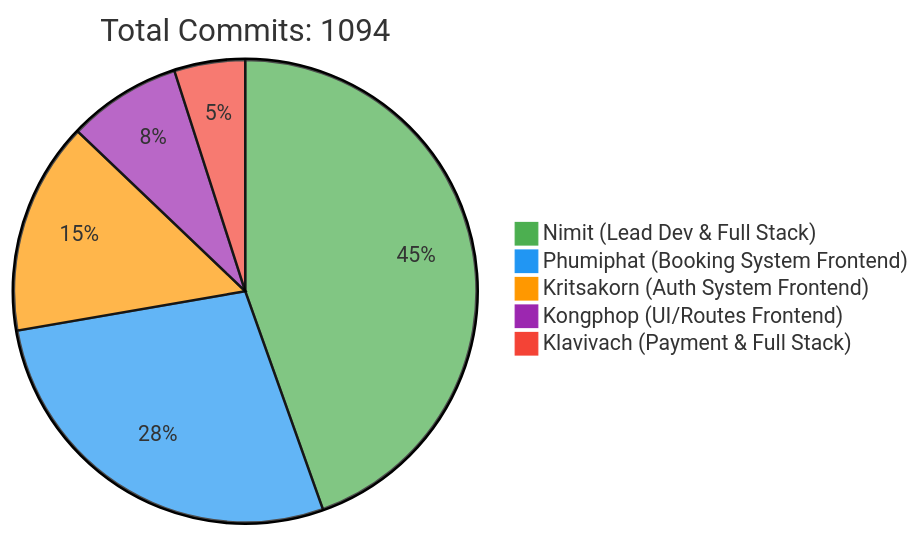
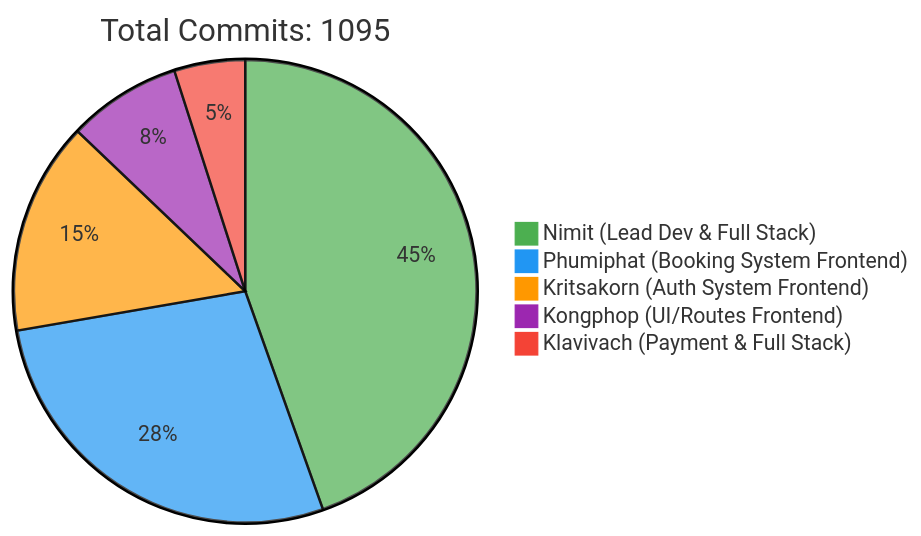
Before and after one commit to 6531503042/Sport-Complex: the first of 2 diagrams in README.md, drawn with Mermaid. The commit also changed other lines of this file, not shown here.

Commit message:
docs: Update contributor statistics [skip ci]

````diff
--- a/README.md
+++ b/README.md
@@ -257,10 +257,10 @@
 ```mermaid
 %%{init: {'theme': 'base', 'themeVariables': { 'pie1': '#4CAF50', 'pie2': '#2196F3', 'pie3': '#FF9800', 'pie4': '#9C27B0', 'pie5': '#F44336'}}}%%
 pie
-    title Total Commits: 1094
+    title Total Commits: 1095
     "Nimit (Lead Dev & Full Stack)" : 450
     "Phumiphat (Booking System Frontend)" : 280
     "Kritsakorn (Auth System Frontend)" : 150
     "Kongphop (UI/Routes Frontend)" : 80
     "Klavivach (Payment & Full Stack)" : 50
 ```
````
